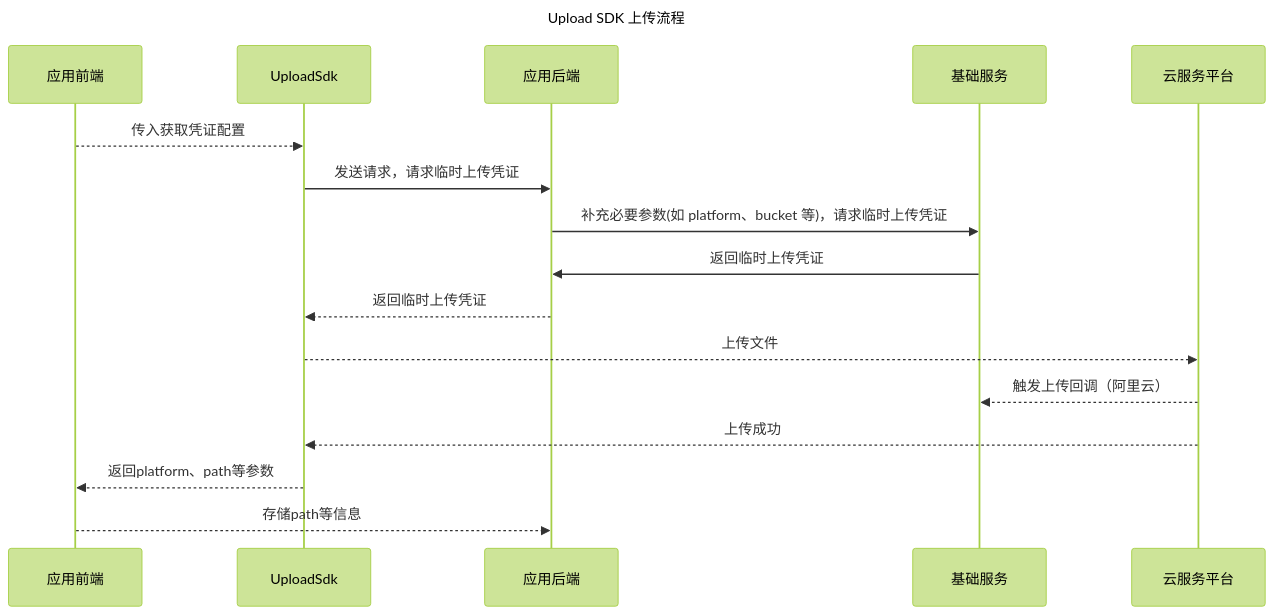
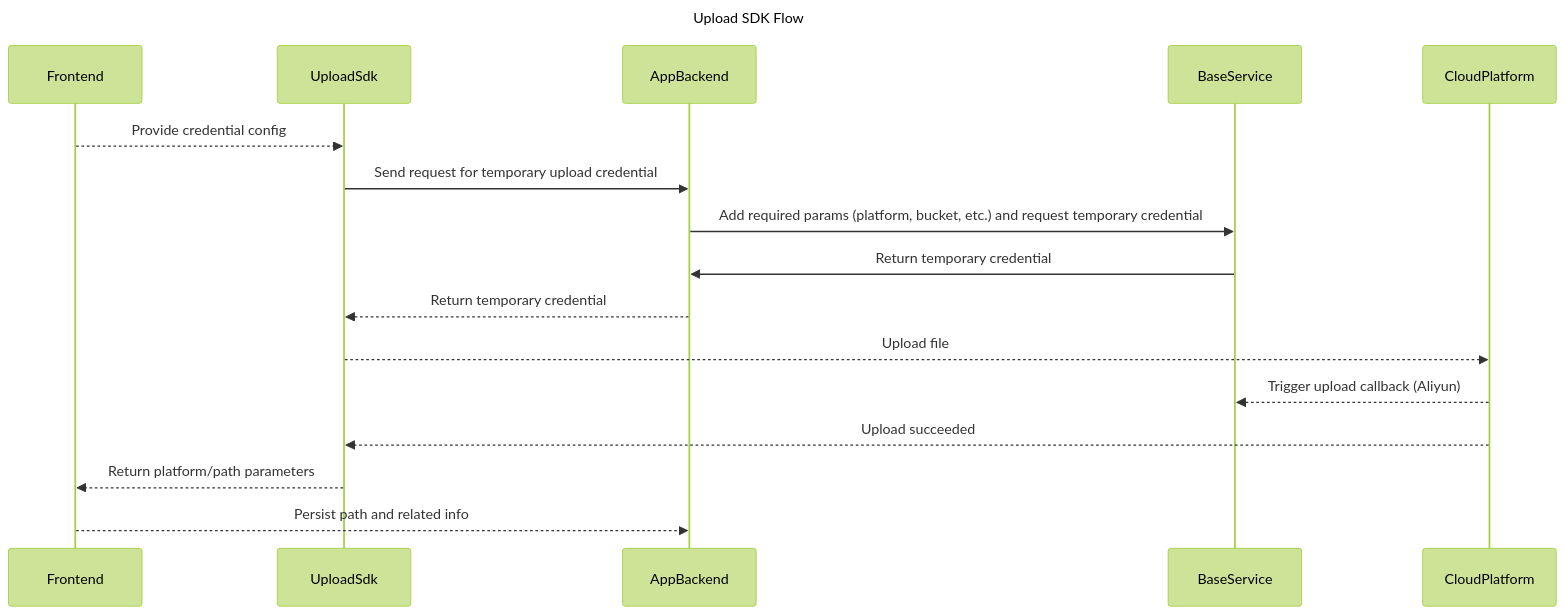
The diagram in frontend/upload-sdk/README.md (saashqdev/delightful), drawn with Mermaid (forest theme) before and after one commit. The commit also changed other lines of this file and 753 other files, not shown here.

````diff
--- a/frontend/upload-sdk/README.md
+++ b/frontend/upload-sdk/README.md
@@ -50,17 +53,17 @@
 ```mermaid
 ---
-title: Upload SDK 上传流程
+title: Upload SDK Flow
 ---
 
 sequenceDiagram
-    应用前端-->>UploadSdk: 传入获取凭证配置
-    UploadSdk->>应用后端: 发送请求，请求临时上传凭证
-    应用后端->>基础服务: 补充必要参数(如 platform、bucket 等)，请求临时上传凭证
-    基础服务->>应用后端: 返回临时上传凭证
-    应用后端-->>UploadSdk: 返回临时上传凭证
-    UploadSdk-->>云服务平台: 上传文件
-    云服务平台-->>基础服务: 触发上传回调（阿里云）
-    云服务平台-->>UploadSdk: 上传成功
-    UploadSdk-->>应用前端: 返回platform、path等参数
-    应用前端-->>应用后端: 存储path等信息
+    Frontend-->>UploadSdk: Provide credential config
+    UploadSdk->>AppBackend: Send request for temporary upload credential
+    AppBackend->>BaseService: Add required params (platform, bucket, etc.) and request temporary credential
+    BaseService->>AppBackend: Return temporary credential
+    AppBackend-->>UploadSdk: Return temporary credential
+    UploadSdk-->>CloudPlatform: Upload file
+    CloudPlatform-->>BaseService: Trigger upload callback (Aliyun)
+    CloudPlatform-->>UploadSdk: Upload succeeded
+    UploadSdk-->>Frontend: Return platform/path parameters
+    Frontend-->>AppBackend: Persist path and related info
 ```
````
